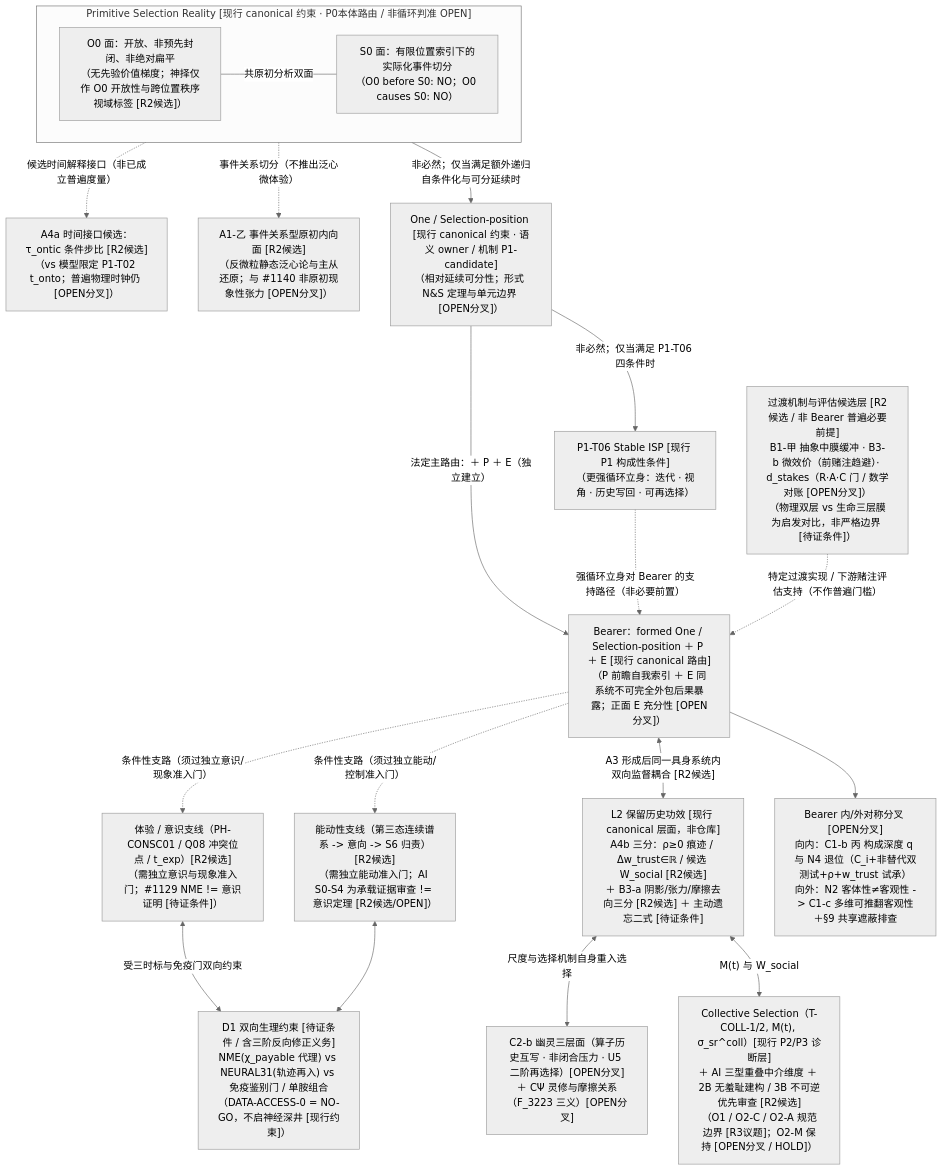
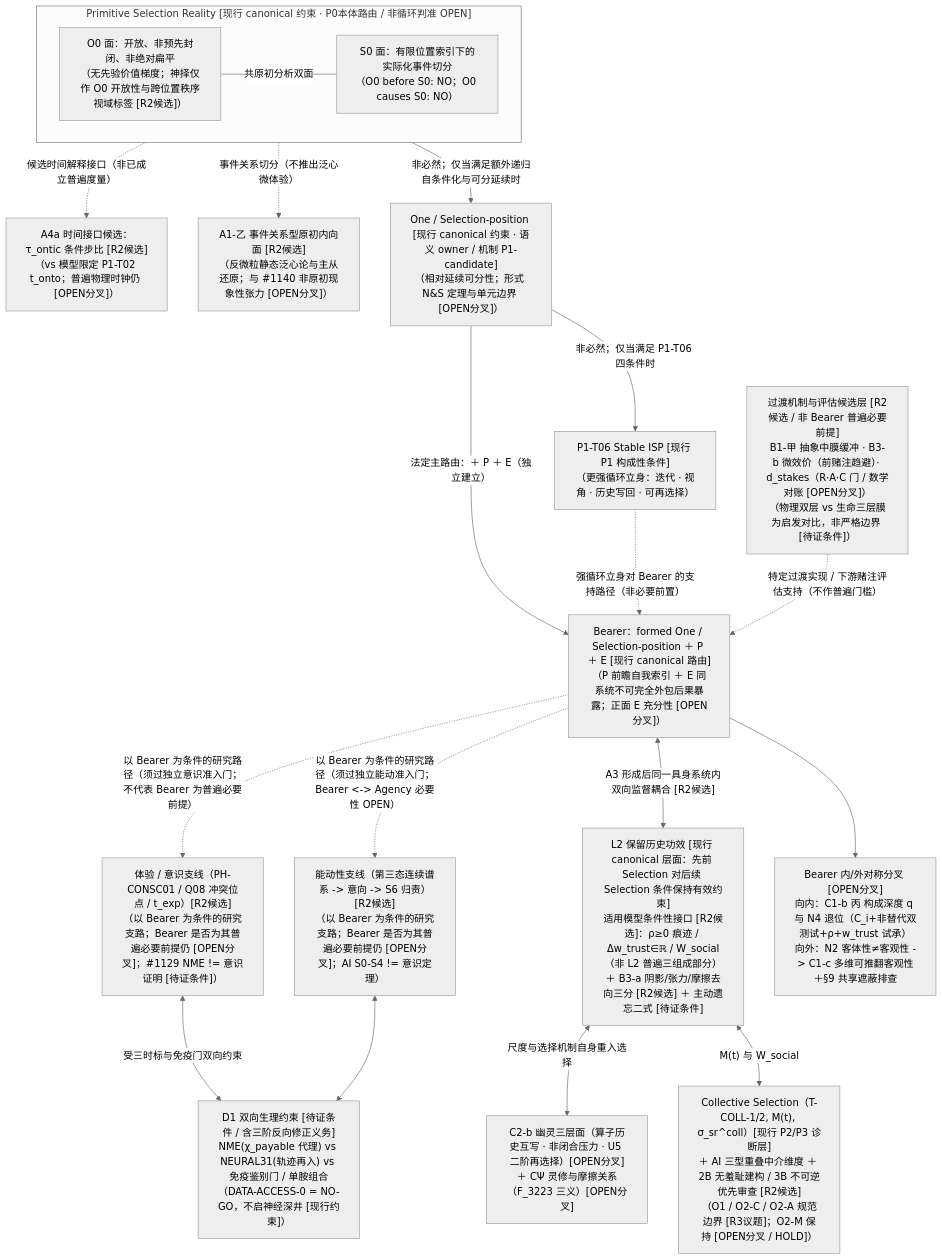
Before and after one commit to zyx1st-png/SRT-Pub: the diagram in Operations/Proposals/SRT_R1_R2_FULL_RECONSTRUCTION_CONSOLIDATION_REPORT_2026-11-22.md, drawn with Mermaid (neutral theme). The commit also changed other lines of this file and 1 other file, not shown here.

Commit message:
fix(r2): clarify L2 conditional scope, Bearer->Agency necessity, 3-tier triggers, and PR snapshot count

````diff
--- a/Operations/Proposals/SRT_R1_R2_FULL_RECONSTRUCTION_CONSOLIDATION_REPORT_2026-11-22.md
+++ b/Operations/Proposals/SRT_R1_R2_FULL_RECONSTRUCTION_CONSOLIDATION_REPORT_2026-11-22.md
@@ -50,48 +50,48 @@
 ```mermaid
 flowchart TB
     subgraph PRIM["Primitive Selection Reality [现行 canonical 约束 · P0本体路由 / 非循环判准 OPEN]"]
         direction LR
         O0["O0 面：开放、非预先封闭、非绝对扁平<br/>（无先验价值梯度；神择仅作 O0 开放性与跨位置秩序视域标签 [R2候选]）"]
         S0["S0 面：有限位置索引下的实际化事件切分<br/>（O0 before S0: NO；O0 causes S0: NO）"]
         O0 ---|"共原初分析双面"| S0
     end
 
     TAU["A4a 时间接口候选：τ_ontic 条件步比 [R2候选]<br/>（vs 模型限定 P1-T02 t_onto；普遍物理时钟仍 [OPEN分叉]）"]
     PROTO["A1-乙 事件关系型原初内向面 [R2候选]<br/>（反微粒静态泛心论与主从还原；与 #1140 非原初现象性张力 [OPEN分叉]）"]
 
     ONE["One / Selection-position [现行 canonical 约束 · 语义 owner / 机制 P1-candidate]<br/>（相对延续可分性；形式 N&S 定理与单元边界 [OPEN分叉]）"]
     SISP["P1-T06 Stable ISP [现行 P1 构成性条件]<br/>（更强循环立身：迭代 · 视角 · 历史写回 · 可再选择）"]
 
     CAND_TRANS["过渡机制与评估候选层 [R2候选 / 非 Bearer 普遍必要前提]<br/>B1-甲 抽象中膜缓冲 · B3-b 微效价（前赌注趋避）· d_stakes（R·A·C 门 / 数学对账 [OPEN分叉]）<br/>（物理双层 vs 生命三层膜为启发对比，非严格边界 [待证条件]）"]
 
     BEARER["Bearer：formed One / Selection-position ＋ P ＋ E [现行 canonical 路由]<br/>（P 前瞻自我索引 ＋ E 同系统不可完全外包后果暴露；正面 E 充分性 [OPEN分叉]）"]
 
-    L2["L2 保留历史功效 [现行 canonical 层面，非仓库]<br/>A4b 三分：ρ≥0 痕迹 / Δw_trust∈ℝ / 候选 W_social [R2候选]<br/>＋ B3-a 阴影/张力/摩擦去向三分 [R2候选] ＋ 主动遗忘二式 [待证条件]"]
+    L2["L2 保留历史功效 [现行 canonical 层面：先前 Selection 对后续 Selection 条件保持有效约束]<br/>适用模型条件性接口 [R2候选]：ρ≥0 痕迹 / Δw_trust∈ℝ / W_social（非 L2 普遍三组成部分）<br/>＋ B3-a 阴影/张力/摩擦去向三分 [R2候选] ＋ 主动遗忘二式 [待证条件]"]
 
-    CONSC["体验 / 意识支线（PH-CONSC01 / Q08 冲突位点 / t_exp）[R2候选]<br/>（需独立意识与现象准入门；#1129 NME != 意识证明 [待证条件]）"]
-    AGENCY["能动性支线（第三态连续谱系 -> 意向 -> S6 归责）[R2候选]<br/>（需独立能动准入门；AI S0-S4 为承载证据审查 != 意识定理 [R2候选/OPEN]）"]
+    CONSC["体验 / 意识支线（PH-CONSC01 / Q08 冲突位点 / t_exp）[R2候选]<br/>（以 Bearer 为条件的研究支路；Bearer 是否为其普遍必要前提仍 [OPEN分叉]；#1129 NME != 意识证明 [待证条件]）"]
+    AGENCY["能动性支线（第三态连续谱系 -> 意向 -> S6 归责）[R2候选]<br/>（以 Bearer 为条件的研究支路；Bearer 是否为其普遍必要前提仍 [OPEN分叉]；AI S0-S4 != 意识定理）"]
 
     INOUT["Bearer 内/外对称分叉 [OPEN分叉]<br/>向内：C1-b 丙 构成深度 q 与 N4 退位（C_i+非替代双测试+ρ+w_trust 试承）<br/>向外：N2 客体性≠客观性 -> C1-c 多维可推翻客观性＋§9 共享遮蔽排查"]
 
     COLL["Collective Selection（T-COLL-1/2, M(t), σ_sr^coll）[现行 P2/P3 诊断层]<br/>＋ AI 三型重叠中介维度 ＋ 2B 无羞耻建构 / 3B 不可逆优先审查 [R2候选]<br/>（O1 / O2-C / O2-A 规范边界 [R3议题]；O2-M 保持 [OPEN分叉 / HOLD]）"]
     META["C2-b 幽灵三层面（算子历史互写 · 非闭合压力 · U5 二阶再选择）[OPEN分叉]<br/>＋ CΨ 灵修与摩擦关系（F_3223 三义）[OPEN分叉]"]
     NEURO["D1 双向生理约束 [待证条件 / 含三阶反向修正义务]<br/>NME(χ_payable 代理) vs NEURAL31(轨迹再入) vs 免疫鉴别门 / 单胺组合<br/>（DATA-ACCESS-0 = NO-GO，不启神经深井 [现行约束]）"]
 
     PRIM -.->|"候选时间解释接口（非已成立普遍度量）"| TAU
     PRIM -.->|"事件关系切分（不推出泛心微体验）"| PROTO
     PRIM -->|"非必然；仅当满足额外递归自条件化与可分延续时"| ONE
 
     ONE -->|"非必然；仅当满足 P1-T06 四条件时"| SISP
     ONE -->|"法定主路由：＋ P ＋ E（独立建立）"| BEARER
     SISP -.->|"强循环立身对 Bearer 的支持路径（非必要前置）"| BEARER
     CAND_TRANS -.->|"特定过渡实现 / 下游赌注评估支持（不作普遍门槛）"| BEARER
 
-    BEARER -.->|"条件性支路（须过独立意识/现象准入门）"| CONSC
-    BEARER -.->|"条件性支路（须过独立能动/控制准入门）"| AGENCY
+    BEARER -.->|"以 Bearer 为条件的研究路径（须过独立意识准入门；不代表 Bearer 为普遍必要前提）"| CONSC
+    BEARER -.->|"以 Bearer 为条件的研究路径（须过独立能动准入门；Bearer <-> Agency 必要性 OPEN）"| AGENCY
     BEARER <-->|"A3 形成后同一具身系统内双向监督耦合 [R2候选]"| L2
     BEARER --> INOUT
     L2 <-->|"尺度与选择机制自身重入选择"| META
     L2 <-->|"M(t) 与 W_social"| COLL
     CONSC <-->|"受三时标与免疫门双向约束"| NEURO
     AGENCY <--> NEURO
 ```
````
